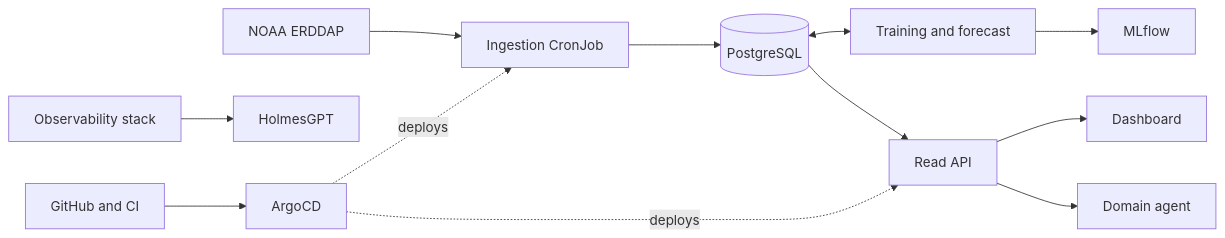
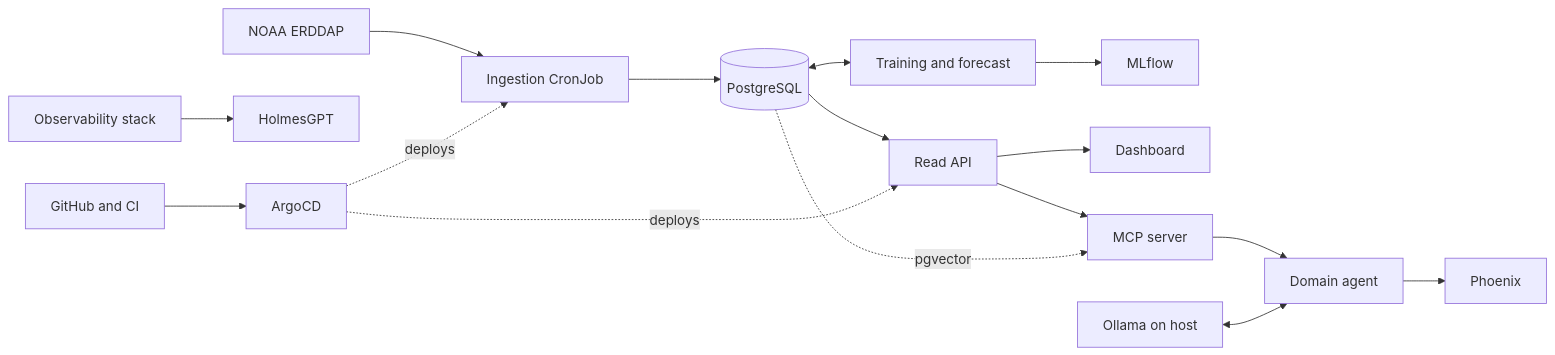
One commit to SebasIbarra19/Atalaya-Coral changed the diagram in README.md. Above: the diagram before and after it, drawn with Mermaid. The commit also changed other lines of this file and 13 other files, not shown here.

````diff
--- a/README.md
+++ b/README.md
@@ -11,14 +11,18 @@
 ```mermaid
 flowchart LR
   NOAA[NOAA ERDDAP] --> ING[Ingestion CronJob]
   ING --> DB[(PostgreSQL)]
   DB <--> TRAIN[Training and forecast]
   TRAIN --> MLF[MLflow]
   DB --> API[Read API]
   API --> DASH[Dashboard]
-  API --> AGENT[Domain agent]
+  API --> MCP[MCP server]
+  DB -. pgvector .-> MCP
+  MCP --> AGENT[Domain agent]
+  LLM[Ollama on host] <--> AGENT
+  AGENT --> PHX[Phoenix]
   OBS[Observability stack] --> HOLMES[HolmesGPT]
   GH[GitHub and CI] --> ARGO[ArgoCD]
   ARGO -. deploys .-> ING
   ARGO -. deploys .-> API
 ```
````
